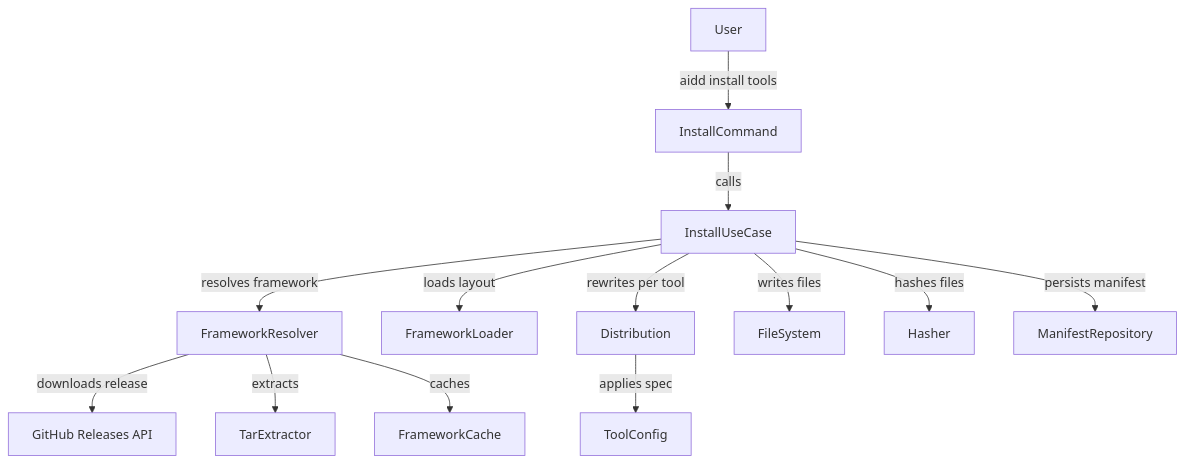
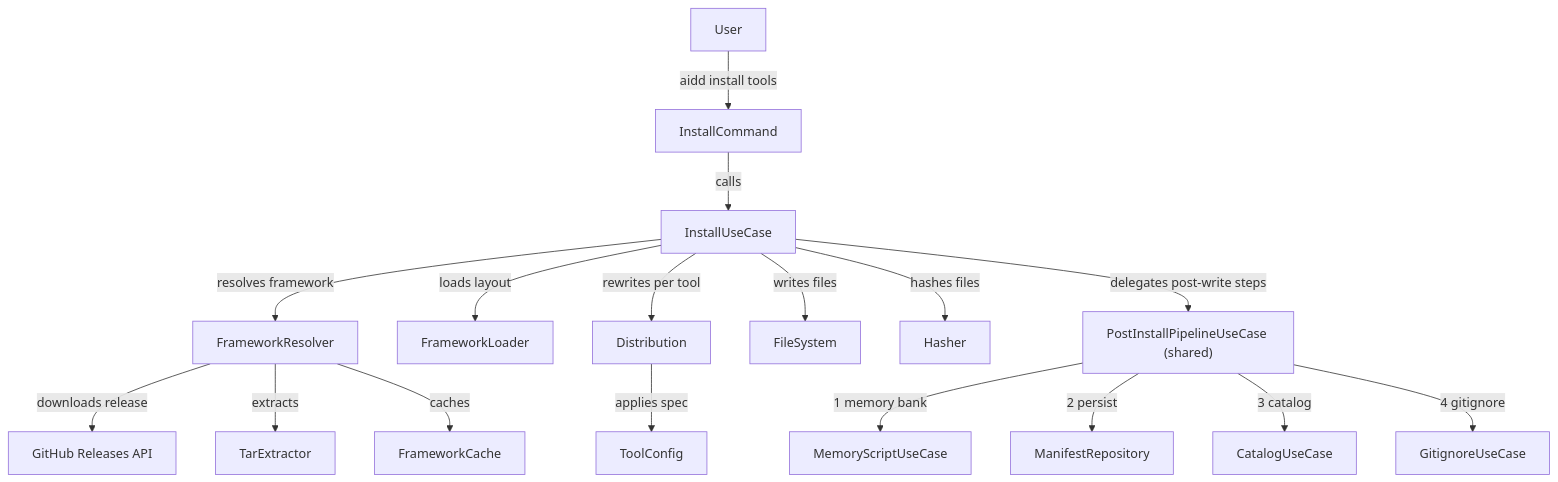
One commit to ai-driven-dev/framework changed the third of 3 diagrams in aidd_docs/memory/architecture.md. Above: the diagram before and after it, drawn with Mermaid. The commit also changed other lines of this file and 95 other files, not shown here.

````diff
--- a/aidd_docs/memory/architecture.md
+++ b/aidd_docs/memory/architecture.md
@@ -112,15 +112,19 @@
 ```mermaid
 flowchart TD
     User["User"] -->|aidd install tools| InstallCmd["InstallCommand"]
     InstallCmd -->|calls| InstallUC["InstallUseCase"]
     InstallUC -->|resolves framework| FrameworkRes["FrameworkResolver"]
     FrameworkRes -->|downloads release| GH["GitHub Releases API"]
     FrameworkRes -->|extracts| Tar["TarExtractor"]
     FrameworkRes -->|caches| Cache["FrameworkCache"]
     InstallUC -->|loads layout| FrameworkLdr["FrameworkLoader"]
     InstallUC -->|rewrites per tool| Distrib["Distribution"]
     Distrib -->|applies spec| ToolCfg["ToolConfig"]
     InstallUC -->|writes files| FS["FileSystem"]
     InstallUC -->|hashes files| Hshr["Hasher"]
-    InstallUC -->|persists manifest| ManifRepo["ManifestRepository"]
+    InstallUC -->|delegates post-write steps| Pipeline["PostInstallPipelineUseCase (shared)"]
+    Pipeline -->|1 memory bank| MemScript["MemoryScriptUseCase"]
+    Pipeline -->|2 persist| ManifRepo["ManifestRepository"]
+    Pipeline -->|3 catalog| Catalog["CatalogUseCase"]
+    Pipeline -->|4 gitignore| Gitignore["GitignoreUseCase"]
 ```
````
